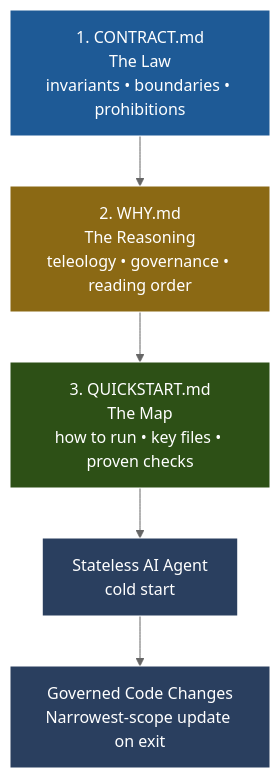
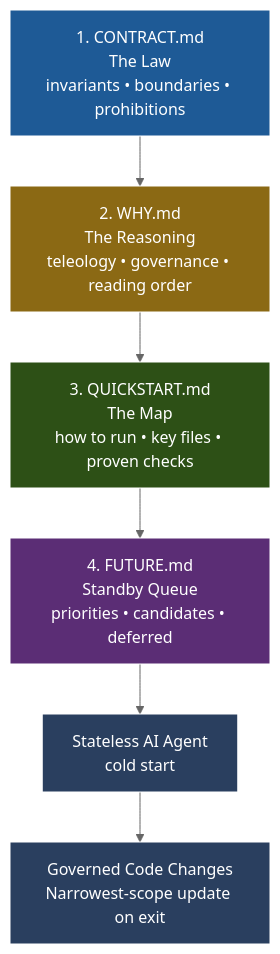
One commit to ajaxStardust/CONTRACT-Style-Comments changed the diagram in README.md. Above: the diagram before and after it, drawn with Mermaid (neutral theme). The commit also changed other lines of this file and 4 other files, not shown here.

First line of the commit message:
Strengthen governance language for Triumvirate plus FUTURE standby role.

````diff
--- a/README.md
+++ b/README.md
@@ -40,18 +46,20 @@
 ```mermaid
 graph TD
     A["1. CONTRACT.md<br/>The Law<br/>invariants • boundaries • prohibitions"] 
     B["2. WHY.md<br/>The Reasoning<br/>teleology • governance • reading order"]
     C["3. QUICKSTART.md<br/>The Map<br/>how to run • key files • proven checks"]
-    D["Stateless AI Agent<br/>cold start"]
-    E["Governed Code Changes<br/>Narrowest-scope update on exit"]
+    D["4. FUTURE.md<br/>Standby Queue<br/>priorities • candidates • deferred"]
+    E["Stateless AI Agent<br/>cold start"]
+    F["Governed Code Changes<br/>Narrowest-scope update on exit"]
     
-    A --> B --> C
-    C --> D
+    A --> B --> C --> D
     D --> E
+    E --> F
     
     style A fill:#1e5a96,color:#fff,stroke:#fff
     style B fill:#8b6914,color:#fff,stroke:#fff
     style C fill:#2d5016,color:#fff,stroke:#fff
-    style D fill:#2a3f5f,color:#fff,stroke:#fff
+    style D fill:#5b2d75,color:#fff,stroke:#fff
     style E fill:#2a3f5f,color:#fff,stroke:#fff
+    style F fill:#2a3f5f,color:#fff,stroke:#fff
 ```
````
